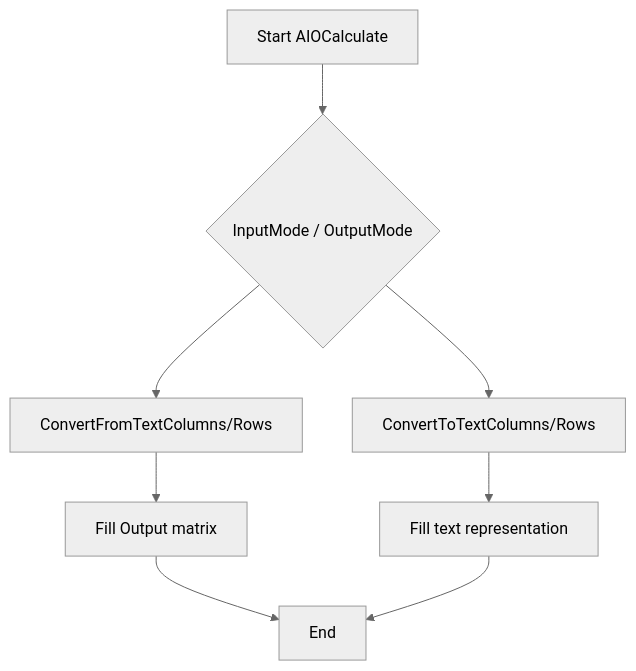
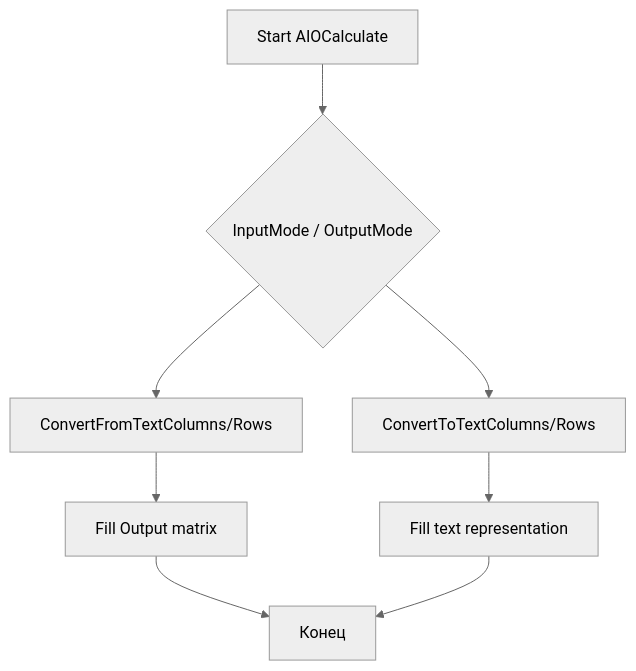
The fourth of 5 diagrams in Docs/Components/UIOTextConverter.md (aicommunity/Rdk-BasicLib), drawn with Mermaid (neutral theme) before and after one commit. The commit also changed other lines of this file and 9 other files, not shown here.

````diff
--- a/Docs/Components/UIOTextConverter.md
+++ b/Docs/Components/UIOTextConverter.md
@@ -77,12 +78,12 @@
 ```mermaid
 flowchart TD
     start[Start AIOCalculate] --> modeBlock{InputMode / OutputMode}
     modeBlock --> fromText[ConvertFromTextColumns/Rows]
     modeBlock --> toText[ConvertToTextColumns/Rows]
 
     fromText --> fillOutput[Fill Output matrix]
     toText --> fillOutputText[Fill text representation]
 
-    fillOutput --> endNode[End]
+    fillOutput --> endNode[Конец]
     fillOutputText --> endNode
 ```
````
